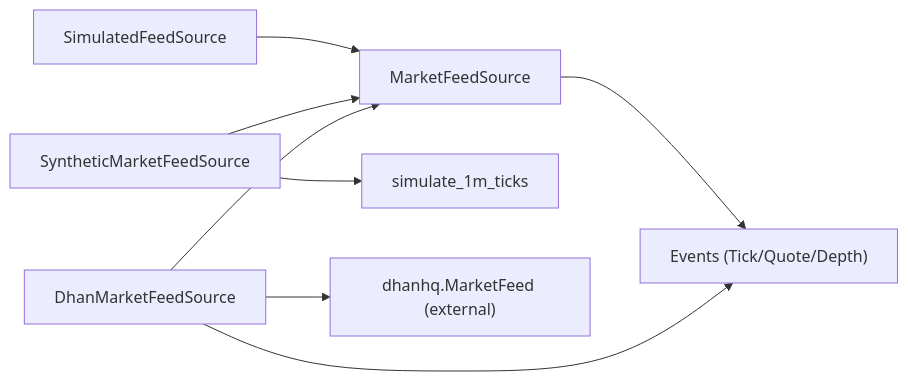
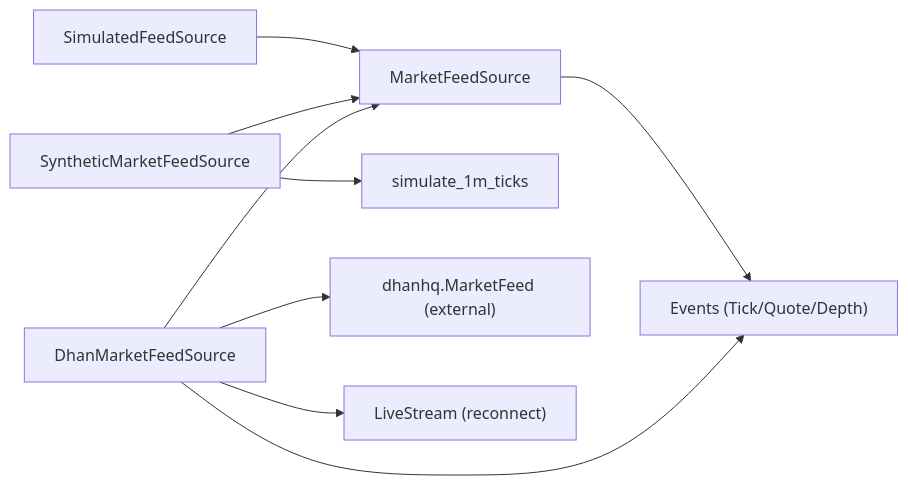
Before and after one commit to Ganesh-Kusundal/nTrade: the eighth of 9 diagrams in .qoder/repowiki/en/content/Market Data/Feed Sources.md, drawn with Mermaid. The commit also changed other lines of this file and 331 other files, not shown here.

````diff
--- a/.qoder/repowiki/en/content/Market Data/Feed Sources.md
+++ b/.qoder/repowiki/en/content/Market Data/Feed Sources.md
@@ -349,10 +374,11 @@
 ```mermaid
 graph LR
 MFS["MarketFeedSource"] --> EVT["Events (Tick/Quote/Depth)"]
 SFS["SimulatedFeedSource"] --> MFS
 SMFS["SyntheticMarketFeedSource"] --> MFS
 SMFS --> SIM["simulate_1m_ticks"]
 DMS["DhanMarketFeedSource"] --> MFS
 DMS --> EVT
 DMS --> EXT["dhanhq.MarketFeed (external)"]
+DMS --> STREAM["LiveStream (reconnect)"]
 ```
````
